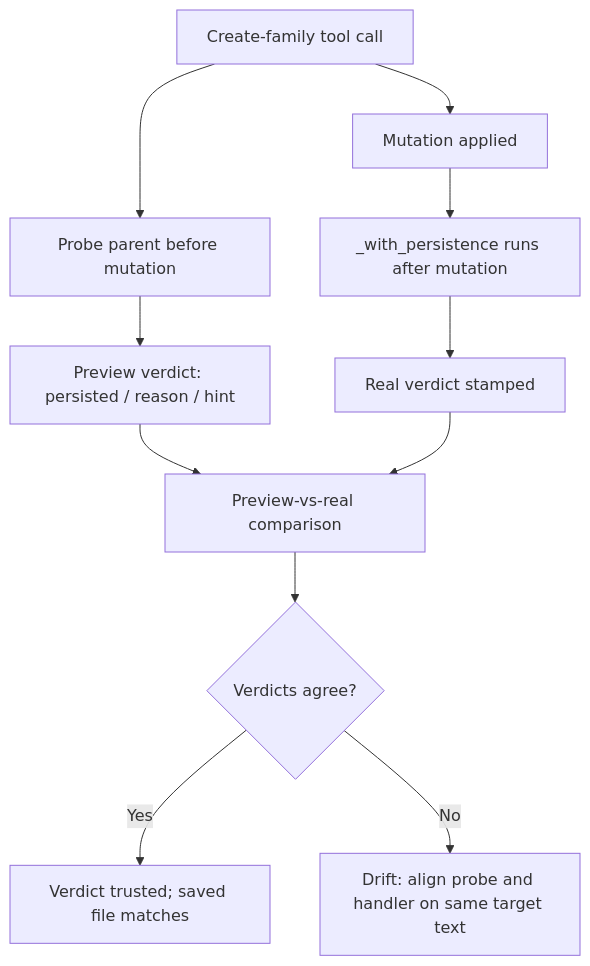
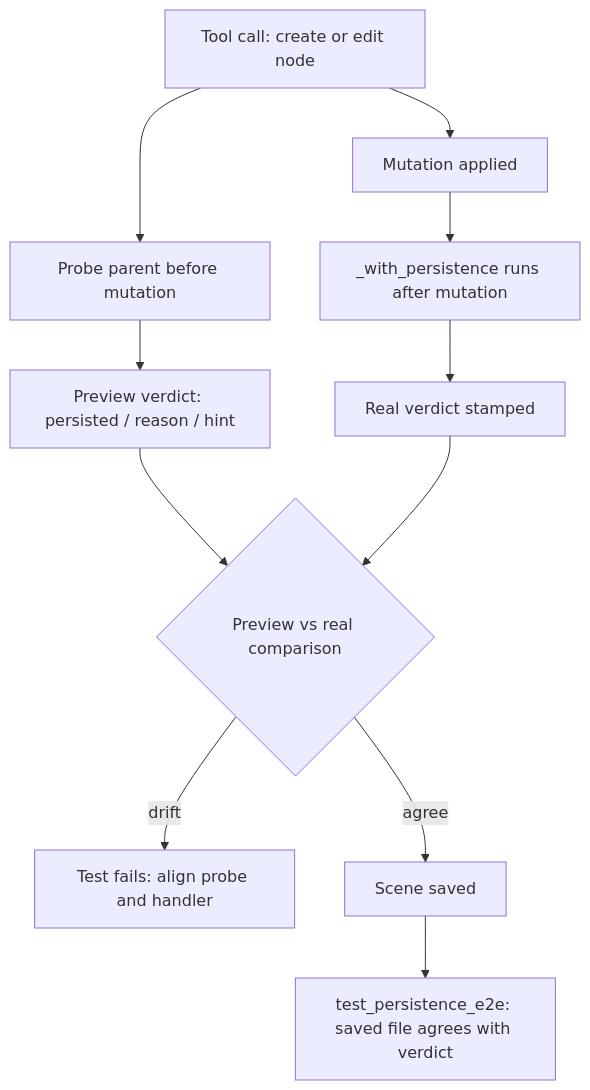
Before and after one commit to hybridindie/wiki-fabric: the diagram in wiki/topics/node-persistence-in-godot.md, drawn with Mermaid. The commit also changed other lines of this file and 43 other files, not shown here.

````diff
--- a/wiki/topics/node-persistence-in-godot.md
+++ b/wiki/topics/node-persistence-in-godot.md
@@ -24,13 +20,13 @@
 ```mermaid
 flowchart TD
-    A[Create-family tool call] --> B[Probe parent before mutation]
+    A[Tool call: create or edit node] --> B[Probe parent before mutation]
     B --> C[Preview verdict: persisted / reason / hint]
     A --> D[Mutation applied]
     D --> E[_with_persistence runs after mutation]
     E --> F[Real verdict stamped]
-    C --> G[Preview-vs-real comparison]
+    C --> G{Preview vs real comparison}
     F --> G
-    G --> H{Verdicts agree?}
-    H -->|Yes| I[Verdict trusted; saved file matches]
-    H -->|No| J[Drift: align probe and handler on same target text]
+    G -->|drift| H[Test fails: align probe and handler]
+    G -->|agree| I[Scene saved]
+    I --> J[test_persistence_e2e: saved file agrees with verdict]
 ```
````
